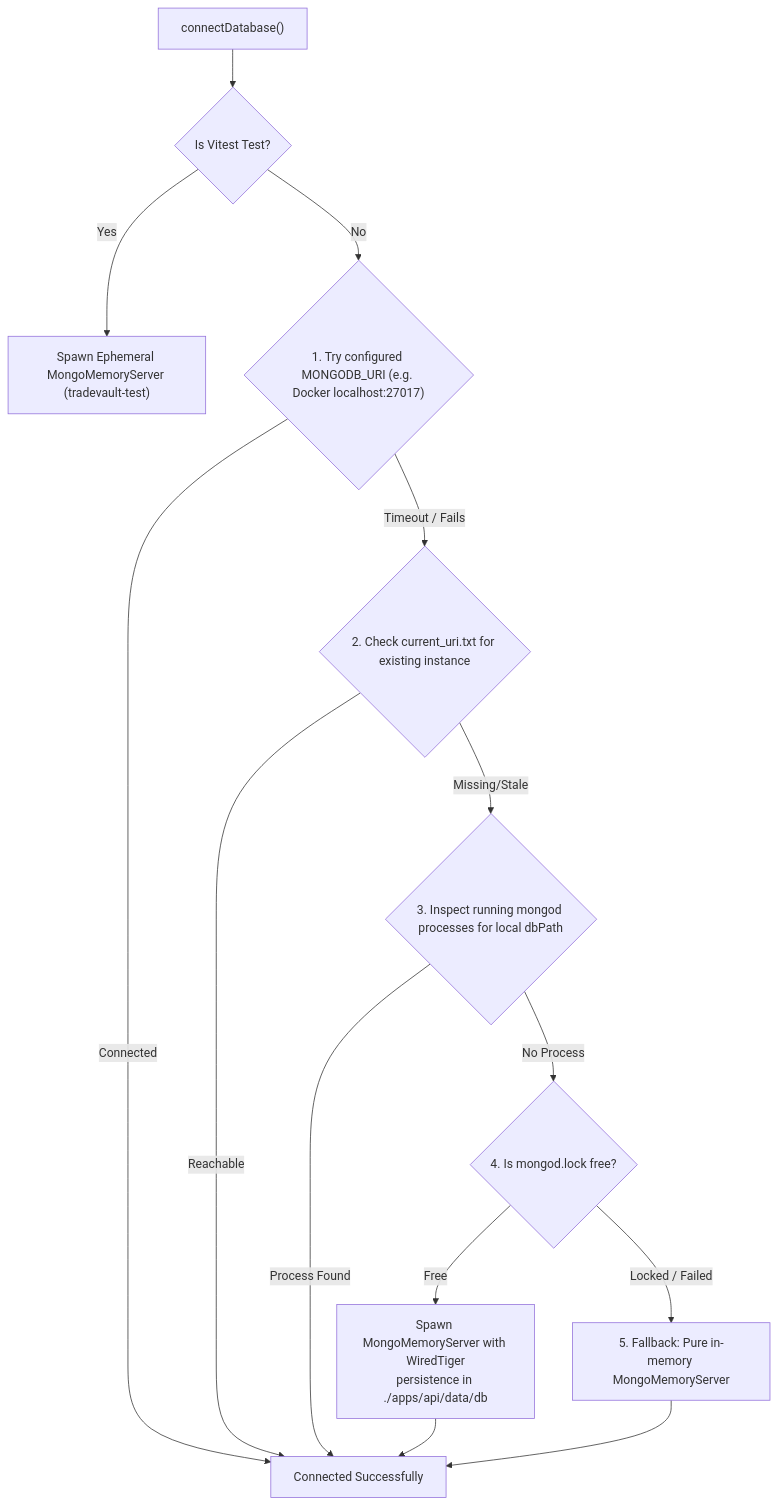
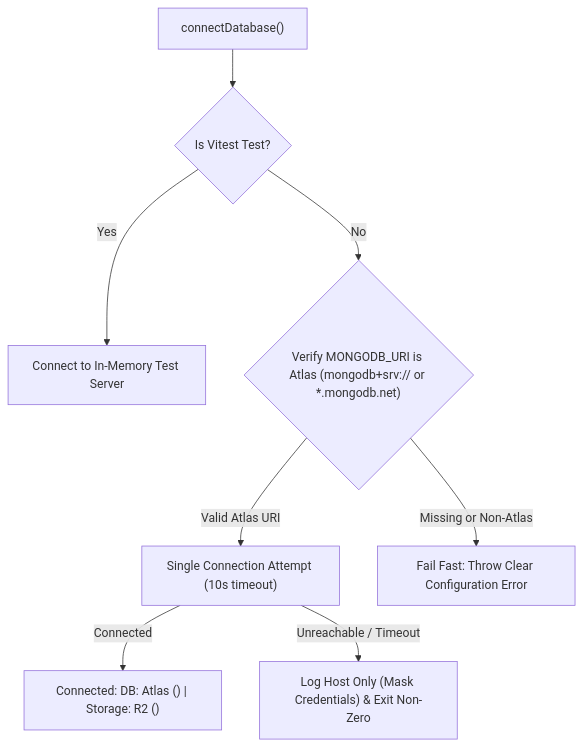
One commit to Rohsh00/SetupMint changed the third of 3 diagrams in docs/APPLICATION_ARCHITECTURE.md. Above: the diagram before and after it, drawn with Mermaid. The commit also changed other lines of this file and 38 other files, not shown here.

First line of the commit message:
feat: transition SetupMint to cloud-only architecture with MongoDB Atlas and Cloudflare R2

````diff
--- a/docs/APPLICATION_ARCHITECTURE.md
+++ b/docs/APPLICATION_ARCHITECTURE.md
@@ -129,21 +129,12 @@
 ```mermaid
 graph TD
     Start["connectDatabase()"] --> IsTest{"Is Vitest Test?"}
-    IsTest -->|Yes| TestMem["Spawn Ephemeral MongoMemoryServer (tradevault-test)"]
-    IsTest -->|No| CheckConfig{"1. Try configured MONGODB_URI (e.g. Docker localhost:27017)"}
+    IsTest -->|Yes| TestMem["Connect to In-Memory Test Server"]
+    IsTest -->|No| CheckAtlas{"Verify MONGODB_URI is Atlas (mongodb+srv:// or *.mongodb.net)"}
     
-    CheckConfig -->|Connected| ReturnURI["Connected Successfully"]
-    CheckConfig -->|Timeout / Fails| CheckActiveFile{"2. Check current_uri.txt for existing instance"}
+    CheckAtlas -->|Valid Atlas URI| ConnectAtlas["Single Connection Attempt (10s timeout)"]
+    CheckAtlas -->|Missing or Non-Atlas| ThrowErr["Fail Fast: Throw Clear Configuration Error"]
     
-    CheckActiveFile -->|Reachable| ReturnURI
-    CheckActiveFile -->|Missing/Stale| CheckProc{"3. Inspect running mongod processes for local dbPath"}
-    
-    CheckProc -->|Process Found| ReturnURI
-    CheckProc -->|No Process| CheckLock{"4. Is mongod.lock free?"}
-    
-    CheckLock -->|Free| SpawnPersistent["Spawn MongoMemoryServer with WiredTiger\npersistence in ./apps/api/data/db"]
-    CheckLock -->|Locked / Failed| SpawnInMemory["5. Fallback: Pure in-memory MongoMemoryServer"]
-    
-    SpawnPersistent --> ReturnURI
-    SpawnInMemory --> ReturnURI
+    ConnectAtlas -->|Connected| ReturnURI["Connected: DB: Atlas (<host>) | Storage: R2 (<bucket>)"]
+    ConnectAtlas -->|Unreachable / Timeout| ExitFatal["Log Host Only (Mask Credentials) & Exit Non-Zero"]
 ```
````
